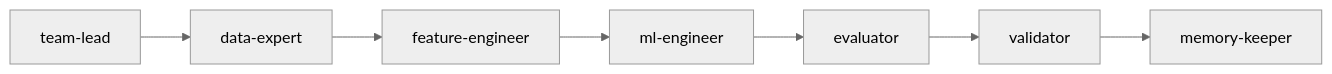
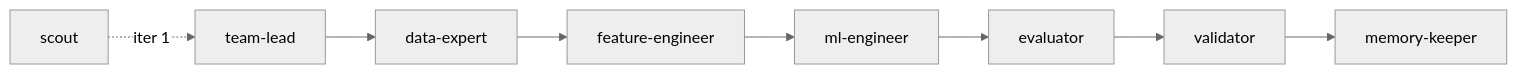
Before and after one commit to KameniAlexNea/gladius-agent: the diagram in gladius/topologies/templates/functional.md, drawn with Mermaid (neutral theme). The commit also changed other lines of this file and 8 other files, not shown here.

Commit message:
feat: introduce scout role for data reconnaissance and update topologies to include scout in iteration flow

````diff
--- a/gladius/topologies/templates/functional.md
+++ b/gladius/topologies/templates/functional.md
@@ -9,9 +9,10 @@
 ```mermaid
 graph LR
-    TL[team-lead] --> DE[data-expert]
+    SC[scout] -.->|iter 1| TL[team-lead]
+    TL --> DE[data-expert]
     DE --> FE[feature-engineer]
     FE --> ME[ml-engineer]
     ME --> EV[evaluator]
     EV --> V[validator]
     V --> MK[memory-keeper]
 ```
````
